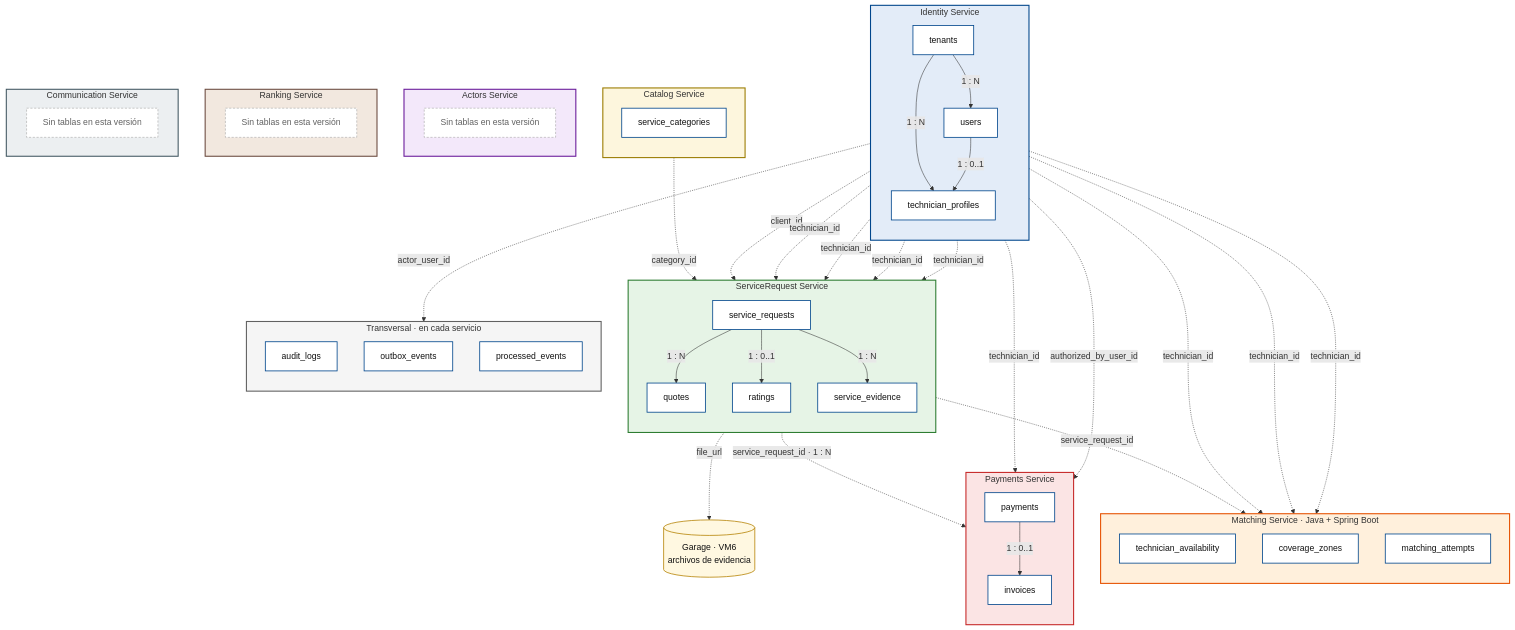
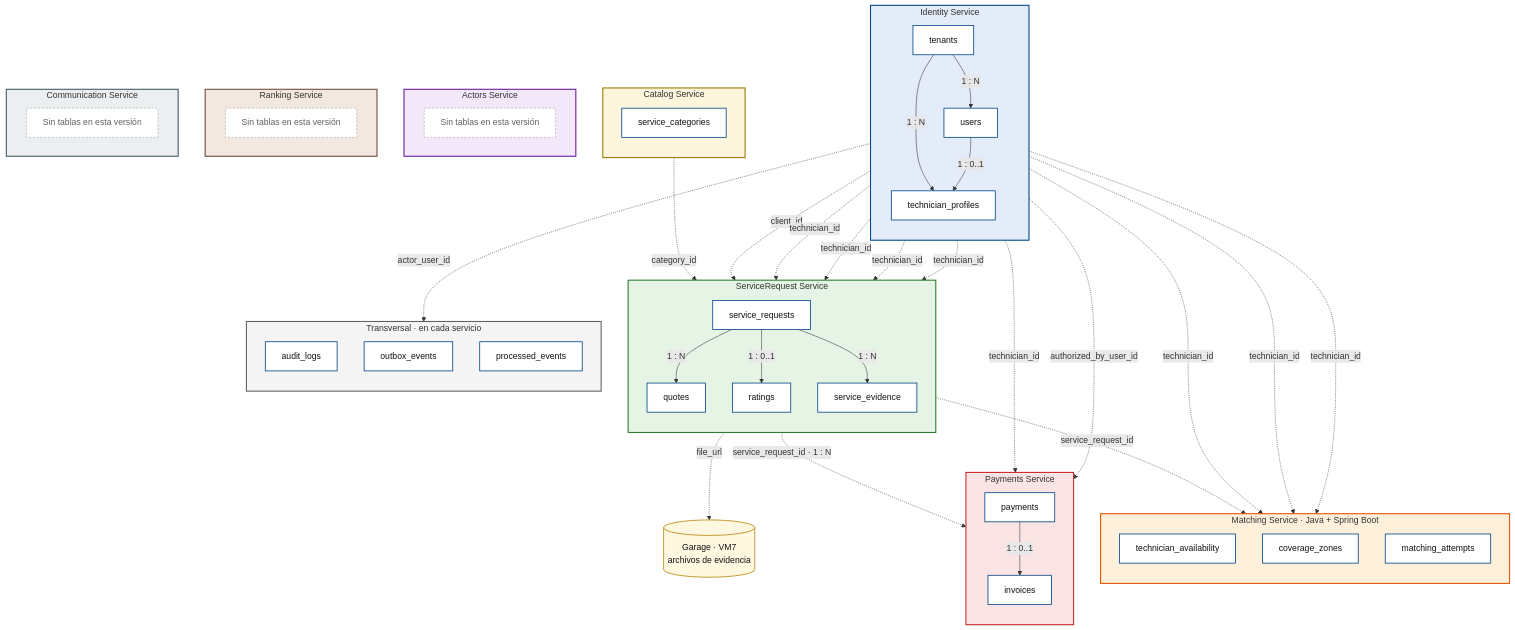
One commit to ARQUI-202630/quickpatch changed the first of 5 diagrams in docs/design/DD.md. Above: the diagram before and after it, drawn with Mermaid. The commit also changed other lines of this file and 13 other files, not shown here.

First line of the commit message:
docs(architecture): adoptar el reparto de VMs de Sebastian como ADR-022

```diff
--- a/docs/design/DD.md
+++ b/docs/design/DD.md
@@ -196,7 +196,7 @@
         processed_events["processed_events"]:::entity
     end
 
-    garage[("Garage · VM6<br/>archivos de evidencia")]:::store
+    garage[("Garage · VM7<br/>archivos de evidencia")]:::store
 
     users -.->|"client_id"| service_requests
     technician_profiles -.->|"technician_id"| service_requests
```
